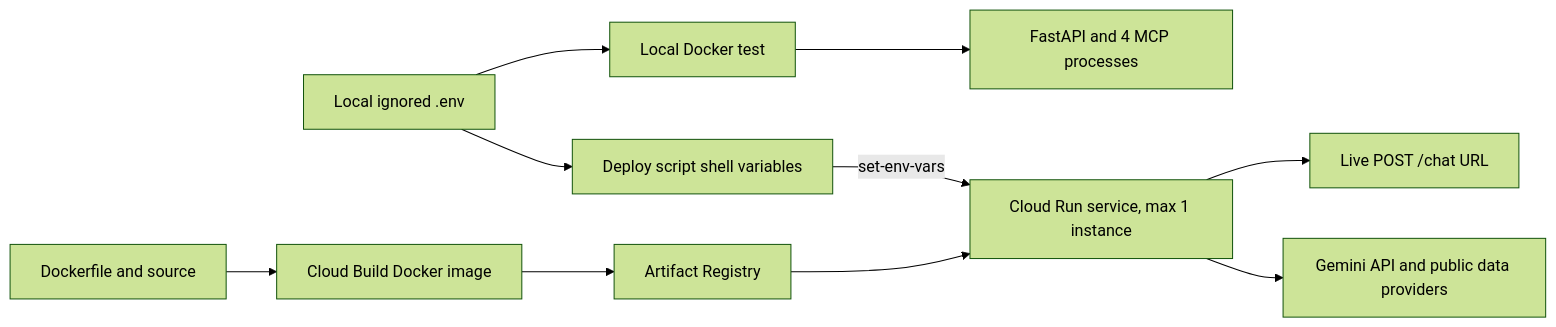
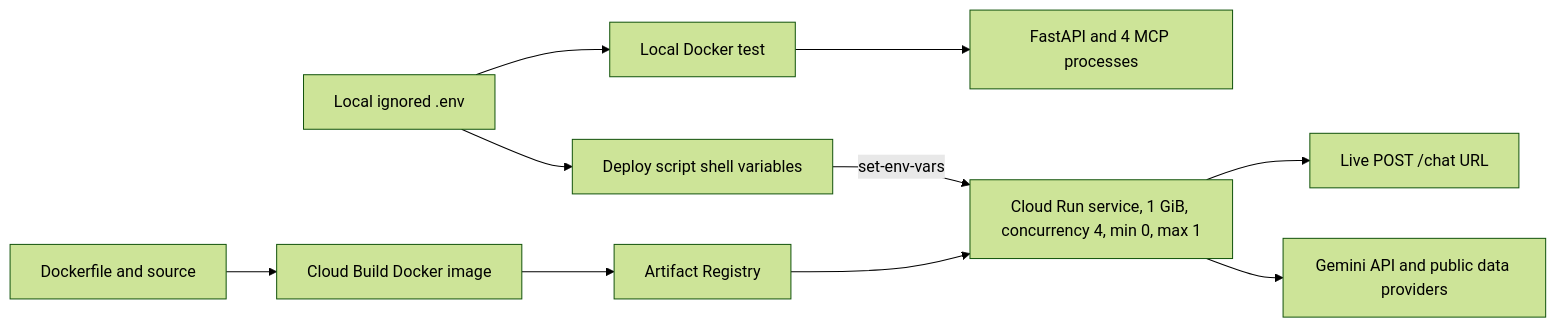
The third of 3 diagrams in README.md (waderylan/prediction-market-agent), drawn with Mermaid (forest theme) before and after one commit. The commit also changed other lines of this file and 10 other files, not shown here.

First line of the commit message:
Reuse MCP sessions to reduce Cloud Run chat latency

````diff
--- a/README.md
+++ b/README.md
@@ -318,12 +341,12 @@
 ```mermaid
 flowchart LR
     ENV[Local ignored .env] --> DEV[Local Docker test]
     DEV --> APP[FastAPI and 4 MCP processes]
     ENV --> SHELL[Deploy script shell variables]
     SRC[Dockerfile and source] --> BUILD[Cloud Build Docker image]
     BUILD --> AR[Artifact Registry]
-    AR --> CR[Cloud Run service, max 1 instance]
+    AR --> CR[Cloud Run service, 1 GiB, concurrency 4, min 0, max 1]
     SHELL -->|set-env-vars| CR
     CR --> URL[Live POST /chat URL]
     CR --> EXT[Gemini API and public data providers]
 ```
````
